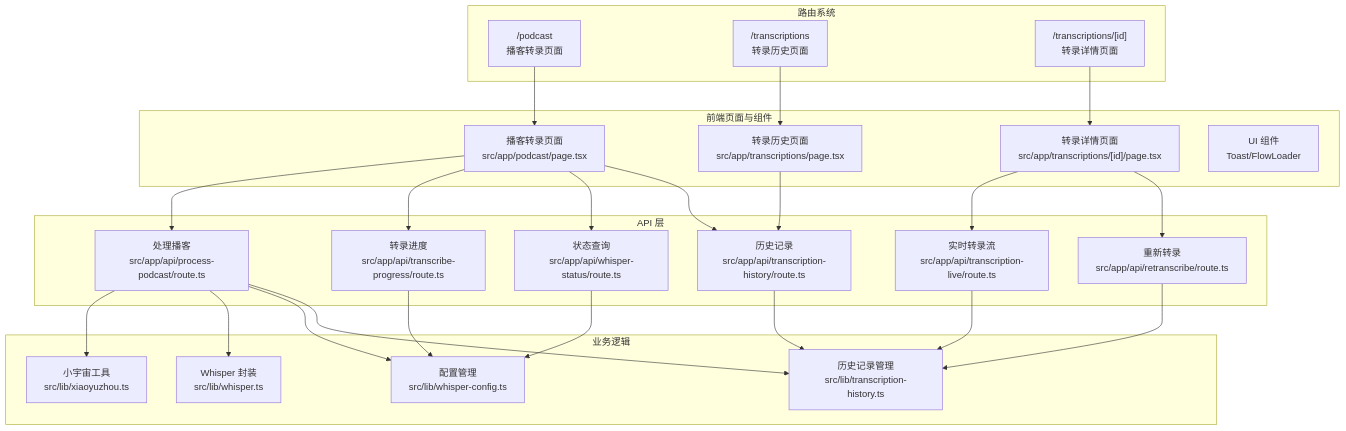
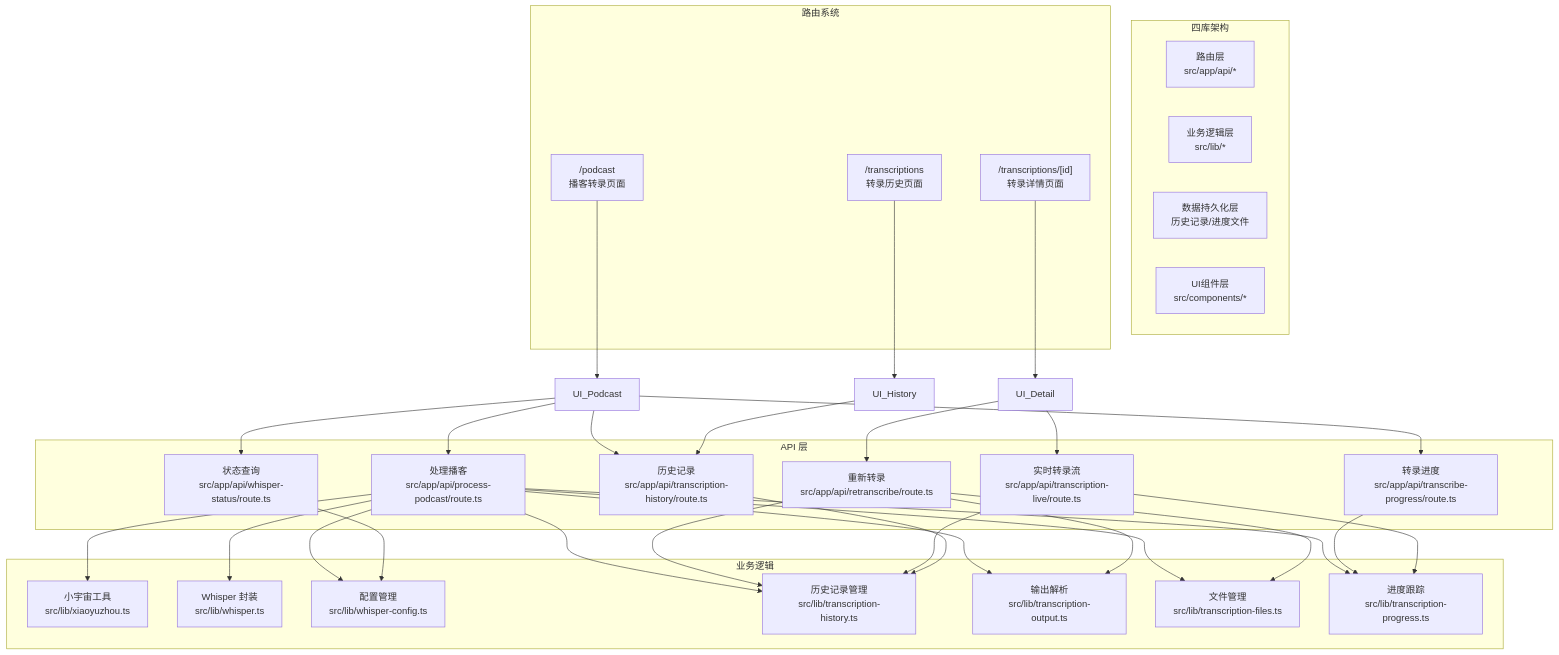
Before and after one commit to clawbotai/memo-flow: the first of 17 diagrams in .qoder/repowiki/zh/content/核心功能模块/播客转录功能.md, drawn with Mermaid. The commit also changed other lines of this file and 14 other files, not shown here.

First line of the commit message:
feat(api): 优化转录进度合并策略和详情视图功能

````diff
--- a/.qoder/repowiki/zh/content/核心功能模块/播客转录功能.md
+++ b/.qoder/repowiki/zh/content/核心功能模块/播客转录功能.md
@@ -60,47 +65,56 @@
 ```mermaid
 graph TB
+subgraph "四库架构"
+RouteLayer["路由层<br/>src/app/api/*"]
+BusinessLayer["业务逻辑层<br/>src/lib/*"]
+DataLayer["数据持久化层<br/>历史记录/进度文件"]
+UILayer["UI组件层<br/>src/components/*"]
+end
 subgraph "路由系统"
 PodcastRoute["/podcast<br/>播客转录页面"]
 HistoryRoute["/transcriptions<br/>转录历史页面"]
 DetailRoute["/transcriptions/[id]<br/>转录详情页面"]
-end
-subgraph "前端页面与组件"
-UI_Podcast["播客转录页面<br/>src/app/podcast/page.tsx"]
-UI_Detail["转录详情页面<br/>src/app/transcriptions/[id]/page.tsx"]
-UI_History["转录历史页面<br/>src/app/transcriptions/page.tsx"]
-UI_Components["UI 组件<br/>Toast/FlowLoader"]
 end
 subgraph "业务逻辑"
 Lib_XYZ["小宇宙工具<br/>src/lib/xiaoyuzhou.ts"]
 Lib_Whisper["Whisper 封装<br/>src/lib/whisper.ts"]
 Lib_Config["配置管理<br/>src/lib/whisper-config.ts"]
 Lib_History["历史记录管理<br/>src/lib/transcription-history.ts"]
+Lib_Output["输出解析<br/>src/lib/transcription-output.ts"]
+Lib_Files["文件管理<br/>src/lib/transcription-files.ts"]
+Lib_Progress["进度跟踪<br/>src/lib/transcription-progress.ts"]
 end
 subgraph "API 层"
 API_Process["处理播客<br/>src/app/api/process-podcast/route.ts"]
 API_Retranscribe["重新转录<br/>src/app/api/retranscribe/route.ts"]
 API_Progress["转录进度<br/>src/app/api/transcribe-progress/route.ts"]
 API_Live["实时转录流<br/>src/app/api/transcription-live/route.ts"]
 API_Status["状态查询<br/>src/app/api/whisper-status/route.ts"]
 API_History["历史记录<br/>src/app/api/transcription-history/route.ts"]
 end
 PodcastRoute --> UI_Podcast
 HistoryRoute --> UI_History
 DetailRoute --> UI_Detail
 UI_Podcast --> API_Process
 UI_Podcast --> API_Progress
 UI_Podcast --> API_Status
 UI_Podcast --> API_History
 UI_Detail --> API_Live
 UI_Detail --> API_Retranscribe
 UI_History --> API_History
 API_Process --> Lib_XYZ
 API_Process --> Lib_Whisper
 API_Process --> Lib_Config
 API_Process --> Lib_History
+API_Process --> Lib_Output
+API_Process --> Lib_Files
+API_Process --> Lib_Progress
 API_Retranscribe --> Lib_History
-API_Progress --> Lib_Config
+API_Retranscribe --> Lib_Output
+API_Retranscribe --> Lib_Files
+API_Progress --> Lib_Progress
 API_Live --> Lib_History
+API_Live --> Lib_Progress
 API_Status --> Lib_Config
 API_History --> Lib_History
 ```
````
